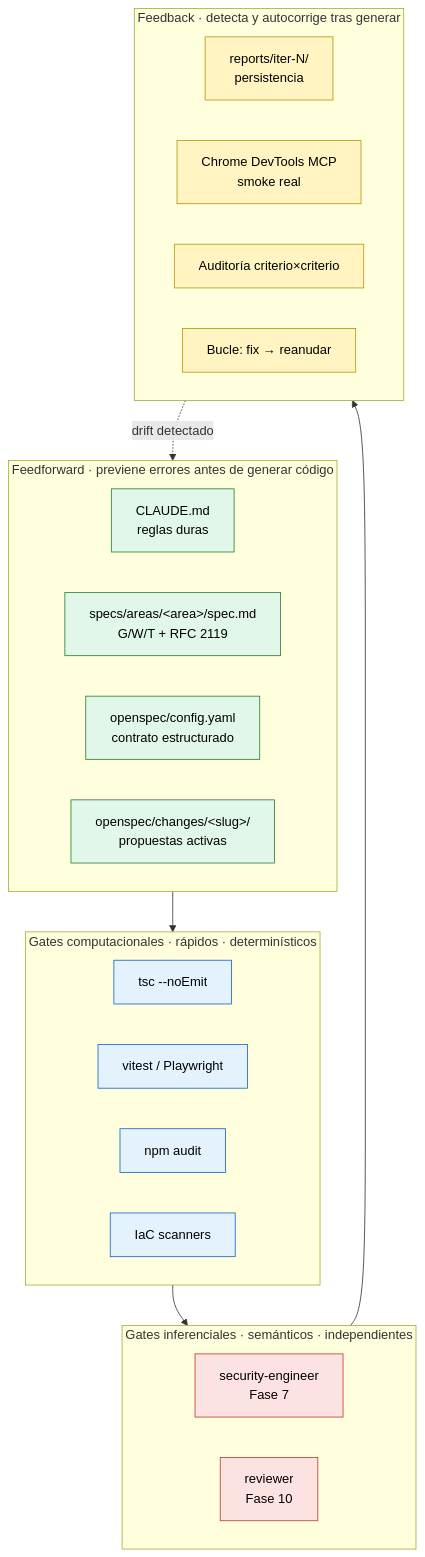
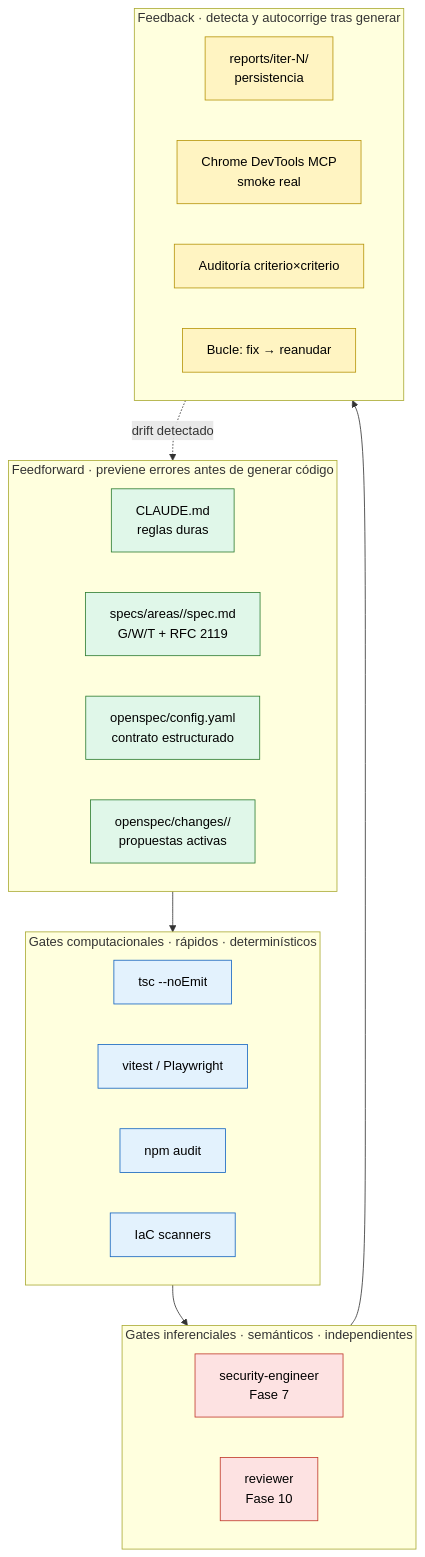
Before and after one commit to juananmora/adlc-claude-code-workspace: the third of 10 diagrams in docs/adlc-workflow.md, drawn with Mermaid. The commit also changed other lines of this file, not shown here.

First line of the commit message:
fix(docs): mermaid sintaxis + decodificar entidades HTML + quitar Accenture

````diff
--- a/docs/adlc-workflow.md
+++ b/docs/adlc-workflow.md
@@ -122,39 +122,39 @@
 ```mermaid
 flowchart TB
     subgraph FF[Feedforward · previene errores antes de generar código]
         FF1[CLAUDE.md<br/>reglas duras]
-        FF2[specs/areas/&lt;area&gt;/spec.md<br/>G/W/T + RFC 2119]
+        FF2[specs/areas/<area>/spec.md<br/>G/W/T + RFC 2119]
         FF3[openspec/config.yaml<br/>contrato estructurado]
-        FF4[openspec/changes/&lt;slug&gt;/<br/>propuestas activas]
+        FF4[openspec/changes/<slug>/<br/>propuestas activas]
     end
     subgraph COMP[Gates computacionales · rápidos · determinísticos]
         G1[tsc --noEmit]
         G2[vitest / Playwright]
         G3[npm audit]
         G4[IaC scanners]
     end
     subgraph INF[Gates inferenciales · semánticos · independientes]
         I1[security-engineer<br/>Fase 7]
         I2[reviewer<br/>Fase 10]
     end
     subgraph FB[Feedback · detecta y autocorrige tras generar]
         FB1[reports/iter-N/<br/>persistencia]
         FB2[Chrome DevTools MCP<br/>smoke real]
         FB3[Auditoría criterio×criterio]
         FB4[Bucle: fix → reanudar]
     end
 
     FF --> COMP
     COMP --> INF
     INF --> FB
     FB -.->|drift detectado| FF
 
     classDef ff fill:#e0f7e9,stroke:#2e7d32,color:#000
     classDef comp fill:#e3f2fd,stroke:#1565c0,color:#000
     classDef inf fill:#fde2e2,stroke:#c0392b,color:#000
     classDef fb fill:#fff4c2,stroke:#b7950b,color:#000
     class FF1,FF2,FF3,FF4 ff
     class G1,G2,G3,G4 comp
     class I1,I2 inf
     class FB1,FB2,FB3,FB4 fb
 ```
````
